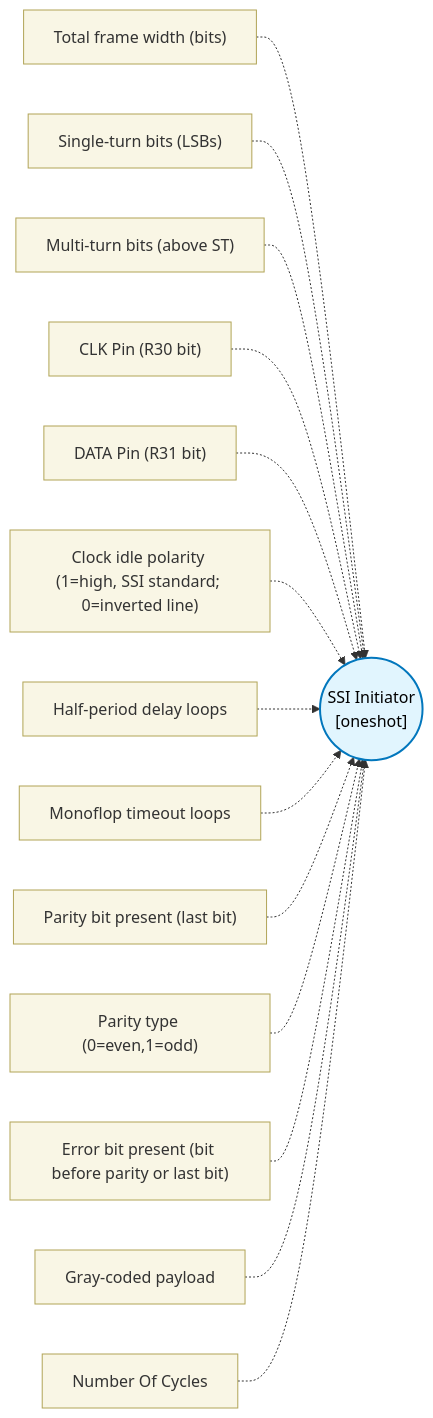
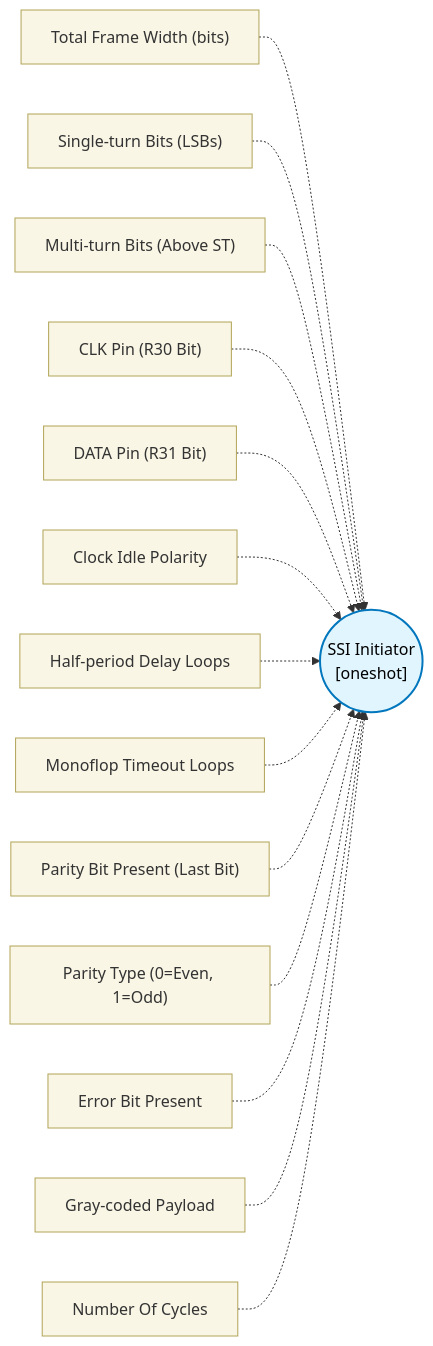
The diagram in docs/block-reference/blocks/ssi_initiator_block/design.md (TexasInstruments/pru-no-code-tool), drawn with Mermaid before and after one commit. The commit also changed other lines of this file and 89 other files, not shown here.

````diff
--- a/docs/block-reference/blocks/ssi_initiator_block/design.md
+++ b/docs/block-reference/blocks/ssi_initiator_block/design.md
@@ -13,19 +13,19 @@
 ```mermaid
 flowchart LR
   classDef config fill:#f9f6e5,stroke:#b1a457,stroke-width:1px,color:#333;
   classDef core fill:#e1f5fe,stroke:#0277bd,stroke-width:2px,color:#000;
   CORE(("SSI Initiator\n[oneshot]")):::core
-  CFG0["Total frame width (bits)"]:::config -.-> CORE
-  CFG1["Single-turn bits (LSBs)"]:::config -.-> CORE
-  CFG2["Multi-turn bits (above ST)"]:::config -.-> CORE
-  CFG3["CLK Pin (R30 bit)"]:::config -.-> CORE
-  CFG4["DATA Pin (R31 bit)"]:::config -.-> CORE
-  CFG5["Clock idle polarity (1=high, SSI standard; 0=inverted line)"]:::config -.-> CORE
-  CFG6["Half-period delay loops"]:::config -.-> CORE
-  CFG7["Monoflop timeout loops"]:::config -.-> CORE
-  CFG8["Parity bit present (last bit)"]:::config -.-> CORE
-  CFG9["Parity type (0=even,1=odd)"]:::config -.-> CORE
-  CFG10["Error bit present (bit before parity or last bit)"]:::config -.-> CORE
-  CFG11["Gray-coded payload"]:::config -.-> CORE
+  CFG0["Total Frame Width (bits)"]:::config -.-> CORE
+  CFG1["Single-turn Bits (LSBs)"]:::config -.-> CORE
+  CFG2["Multi-turn Bits (Above ST)"]:::config -.-> CORE
+  CFG3["CLK Pin (R30 Bit)"]:::config -.-> CORE
+  CFG4["DATA Pin (R31 Bit)"]:::config -.-> CORE
+  CFG5["Clock Idle Polarity"]:::config -.-> CORE
+  CFG6["Half-period Delay Loops"]:::config -.-> CORE
+  CFG7["Monoflop Timeout Loops"]:::config -.-> CORE
+  CFG8["Parity Bit Present (Last Bit)"]:::config -.-> CORE
+  CFG9["Parity Type (0=Even, 1=Odd)"]:::config -.-> CORE
+  CFG10["Error Bit Present"]:::config -.-> CORE
+  CFG11["Gray-coded Payload"]:::config -.-> CORE
   CFG12["Number Of Cycles"]:::config -.-> CORE
 ```
````
